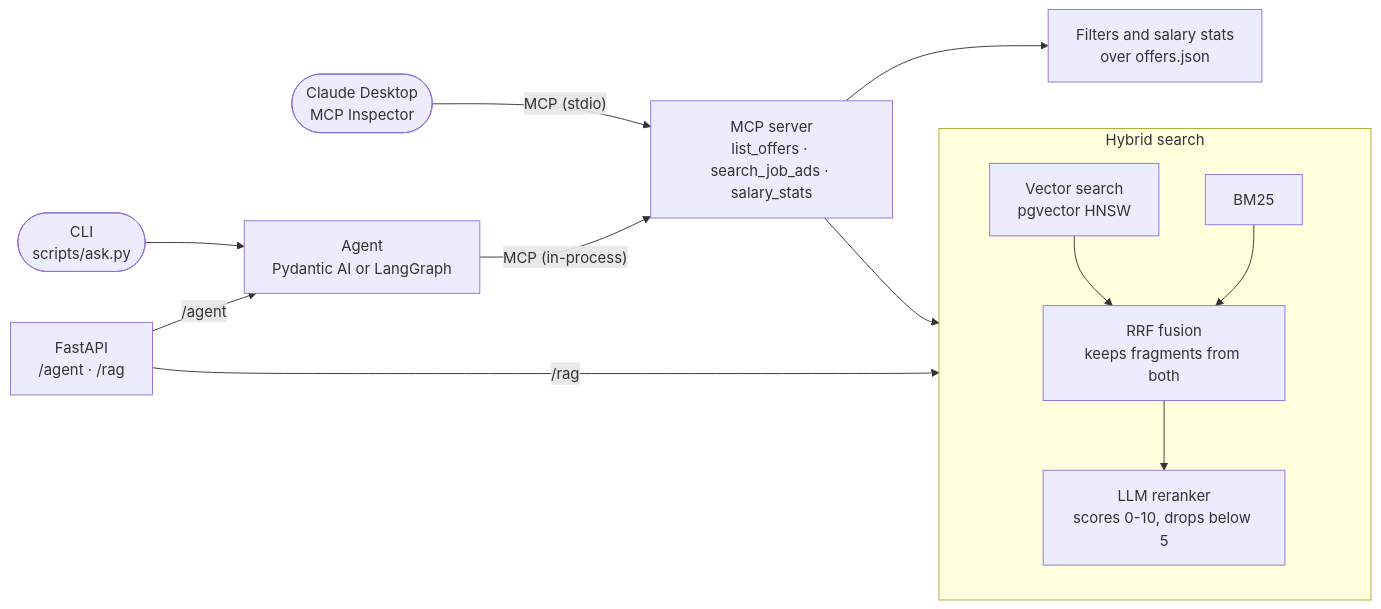
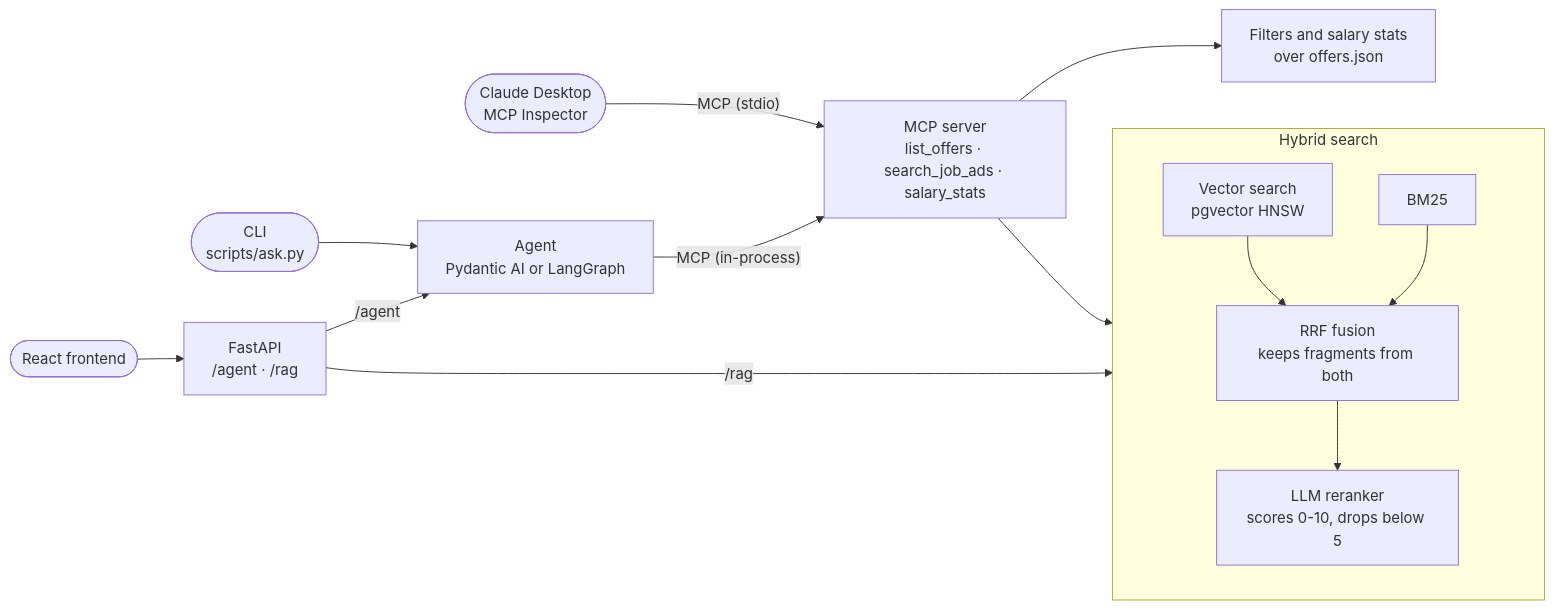
One commit to BaseAdam/gen_ai changed the diagram in README.md. Above: the diagram before and after it, drawn with Mermaid. The commit also changed other lines of this file and 23 other files, not shown here.

Commit message:
Add React frontend for the agent

````diff
--- a/README.md
+++ b/README.md
@@ -34,16 +36,17 @@
 ```mermaid
 flowchart LR
     cli(["CLI<br/>scripts/ask.py"]) --> agent["Agent<br/>Pydantic AI or LangGraph"]
+    ui(["React frontend"]) --> api
     api["FastAPI<br/>/agent · /rag"] -- "/agent" --> agent
     clients(["Claude Desktop<br/>MCP Inspector"]) -- "MCP (stdio)" --> mcp
     agent -- "MCP (in-process)" --> mcp["MCP server<br/>list_offers · search_job_ads · salary_stats"]
     mcp --> stats["Filters and salary stats<br/>over offers.json"]
     mcp --> search
     api -- "/rag" --> search
     subgraph search [Hybrid search]
         direction TB
         vectors["Vector search<br/>pgvector HNSW"] --> fusion["RRF fusion<br/>keeps fragments from both"]
         keywords["BM25"] --> fusion
         fusion --> rerank["LLM reranker<br/>scores 0-10, drops below 5"]
     end
 ```
````
